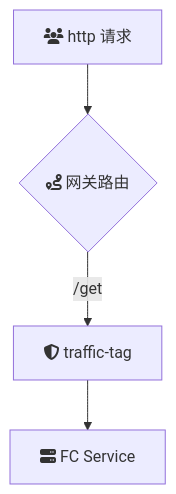
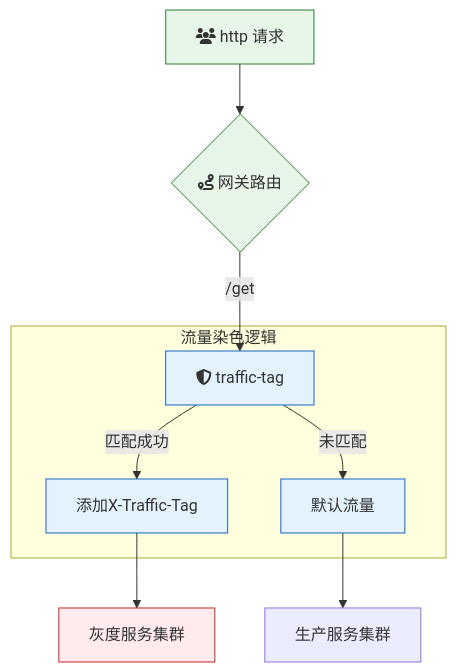
The diagram in traffic-tag-plugin/README.md (msa-group/start-apig), drawn with Mermaid before and after one commit. The commit also changed 8 other files, not shown here.

````diff
--- a/traffic-tag-plugin/README.md
+++ b/traffic-tag-plugin/README.md
@@ -28,6 +28,22 @@
 ```mermaid
 flowchart TB
 A[fa:fa-users http 请求] --> B{fa:fa-route 网关路由}
-	B -->|/get| P1[fa:fa-shield-alt traffic-tag]
-	P1 --> Backend[fa:fa-server FC Service]
+B --> |/get| C[fa:fa-shield-alt traffic-tag]
+
+subgraph TrafficTag[流量染色逻辑]
+C -->|匹配成功| F[添加X-Traffic-Tag]
+C -->|未匹配| G[默认流量]
+end
+
+F --> H[灰度服务集群]
+G --> I[生产服务集群]
+
+classDef green fill:#e8f5e9,stroke:#2e7d32
+classDef red fill:#ffebee,stroke:#c62828
+classDef blue fill:#e3f2fd,stroke:#1565c0
+
+class A,B green
+class C,F,G blue
+class H red
+
 ```
````
